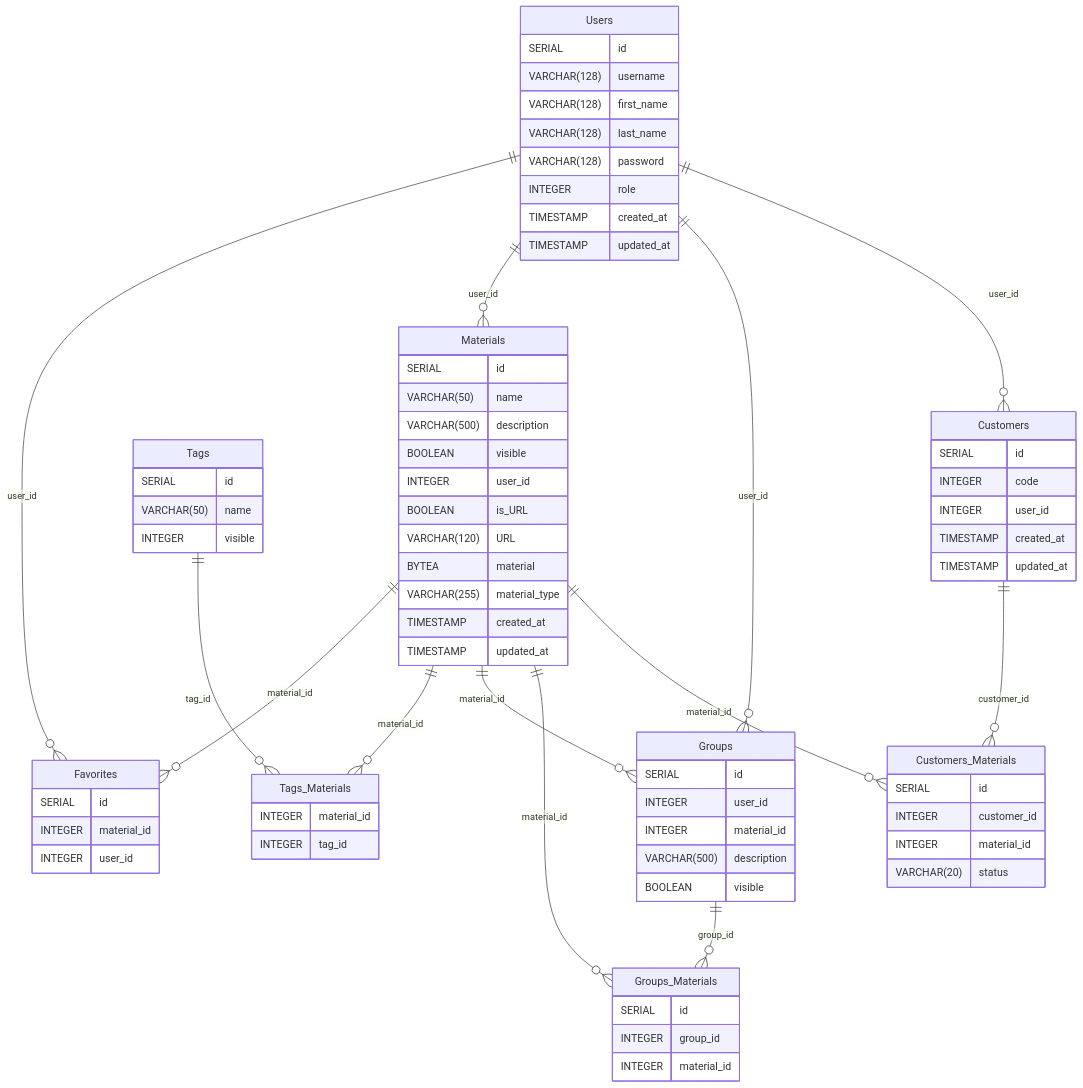
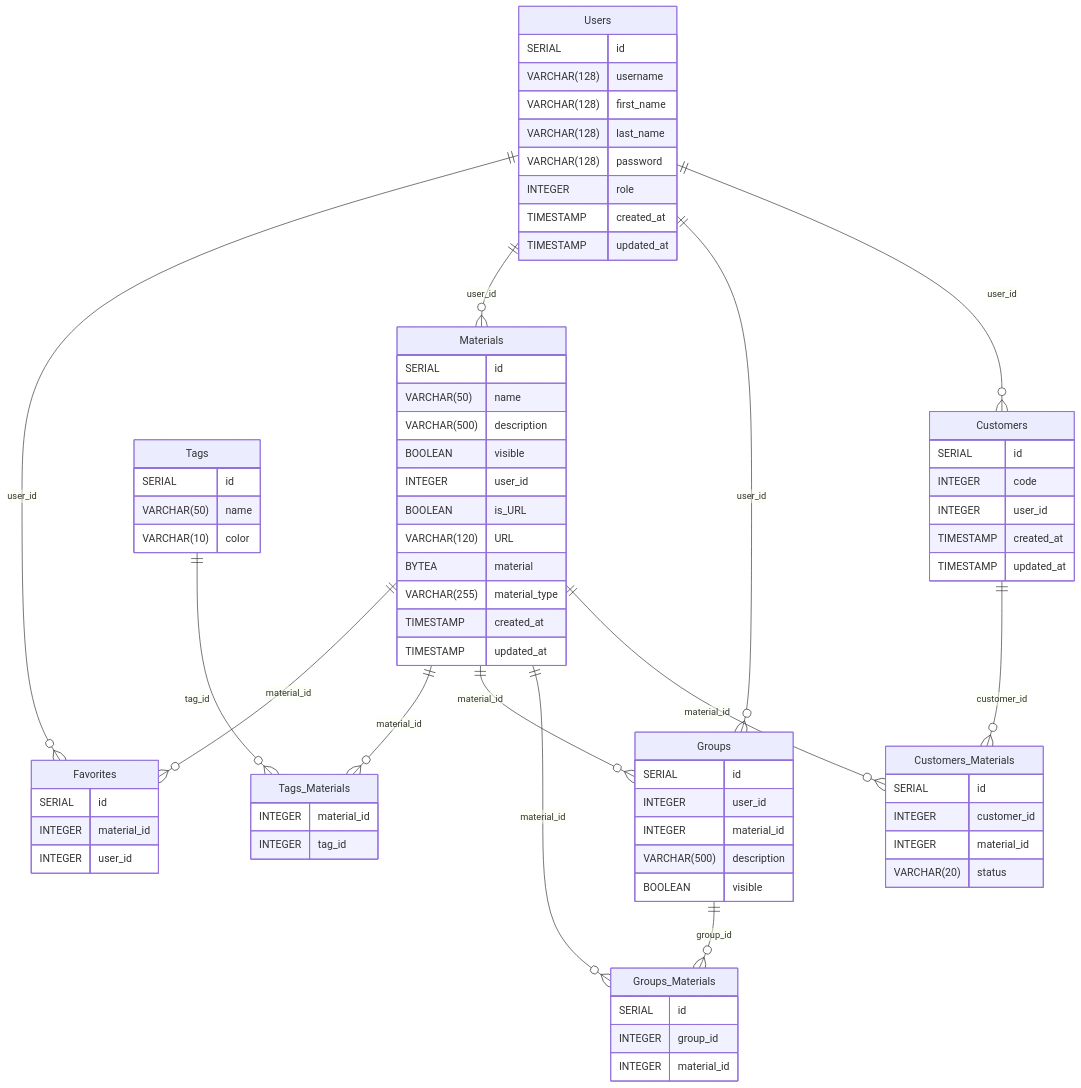
The diagram in Documentation/database.md (phuvio/Material-bank), drawn with Mermaid before and after one commit. The commit also changed 1 other file, not shown here.

```diff
--- a/Documentation/database.md
+++ b/Documentation/database.md
@@ -43,7 +43,7 @@
     Tags {
         SERIAL id
         VARCHAR(50) name
-        INTEGER visible
+        VARCHAR(10) color
     }
 
     Tags_Materials {
```
